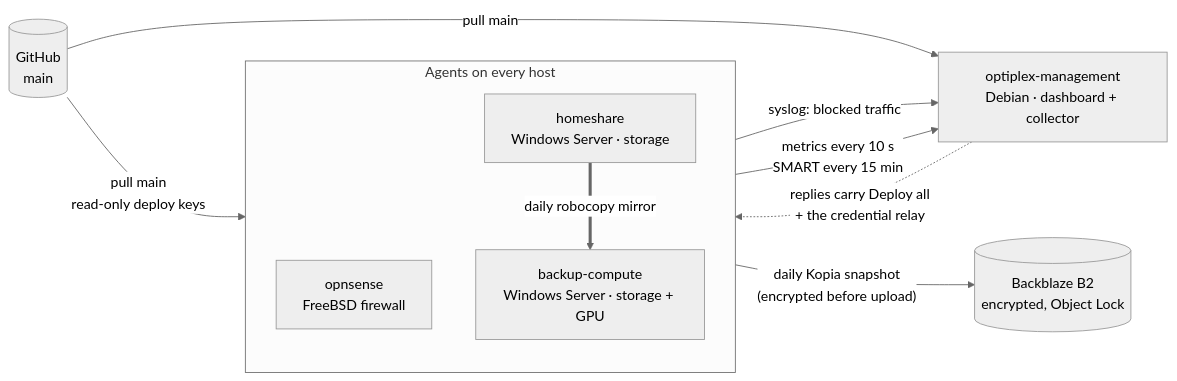
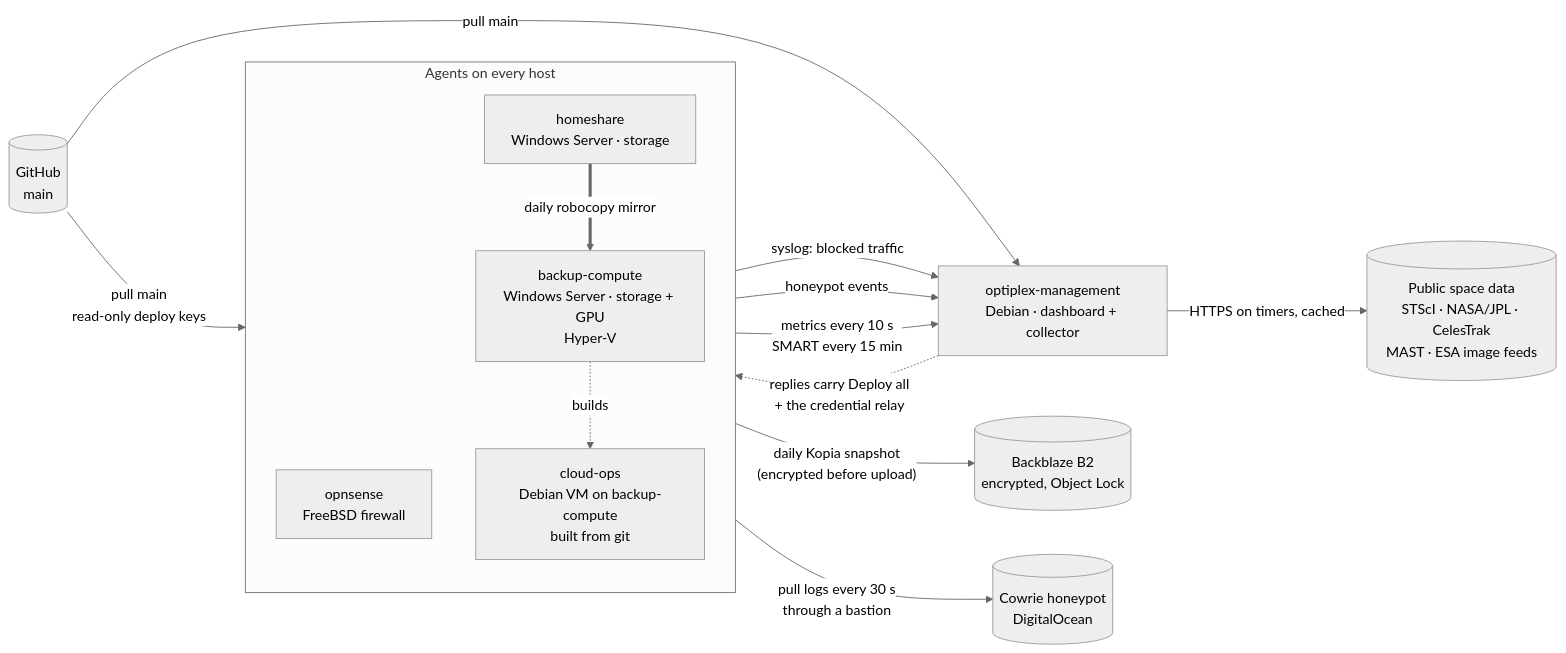
The first of 2 diagrams in README.md (j-will178/homelab-showcase), drawn with Mermaid (neutral theme) before and after one commit. The commit also changed other lines of this file and 19 other files, not shown here.

````diff
--- a/README.md
+++ b/README.md
@@ -33,19 +50,26 @@
 ```mermaid
 flowchart LR
     GH[("GitHub<br/>main")]
     subgraph hosts["Agents on every host"]
         direction TB
         OPN["opnsense<br/>FreeBSD firewall"]
         HS["homeshare<br/>Windows Server · storage"]
-        BC["backup-compute<br/>Windows Server · storage + GPU"]
+        BC["backup-compute<br/>Windows Server · storage + GPU<br/>Hyper-V"]
+        CO["cloud-ops<br/>Debian VM on backup-compute<br/>built from git"]
         HS == "daily robocopy mirror" ==> BC
+        BC -. "builds" .-> CO
     end
     OPT["optiplex-management<br/>Debian · dashboard + collector"]
     GH -->|"pull main<br/>read-only deploy keys"| hosts
     GH -->|"pull main"| OPT
     hosts -->|"metrics every 10 s<br/>SMART every 15 min"| OPT
     OPT -.->|"replies carry Deploy all<br/>+ the credential relay"| hosts
     OPN -->|"syslog: blocked traffic"| OPT
     B2[("Backblaze B2<br/>encrypted, Object Lock")]
     HS -->|"daily Kopia snapshot<br/>(encrypted before upload)"| B2
+    HP[("Cowrie honeypot<br/>DigitalOcean")]
+    CO -->|"pull logs every 30 s<br/>through a bastion"| HP
+    CO -->|"honeypot events"| OPT
+    SPACE[("Public space data<br/>STScI · NASA/JPL · CelesTrak<br/>MAST · ESA image feeds")]
+    OPT -->|"HTTPS on timers, cached"| SPACE
 ```
````
